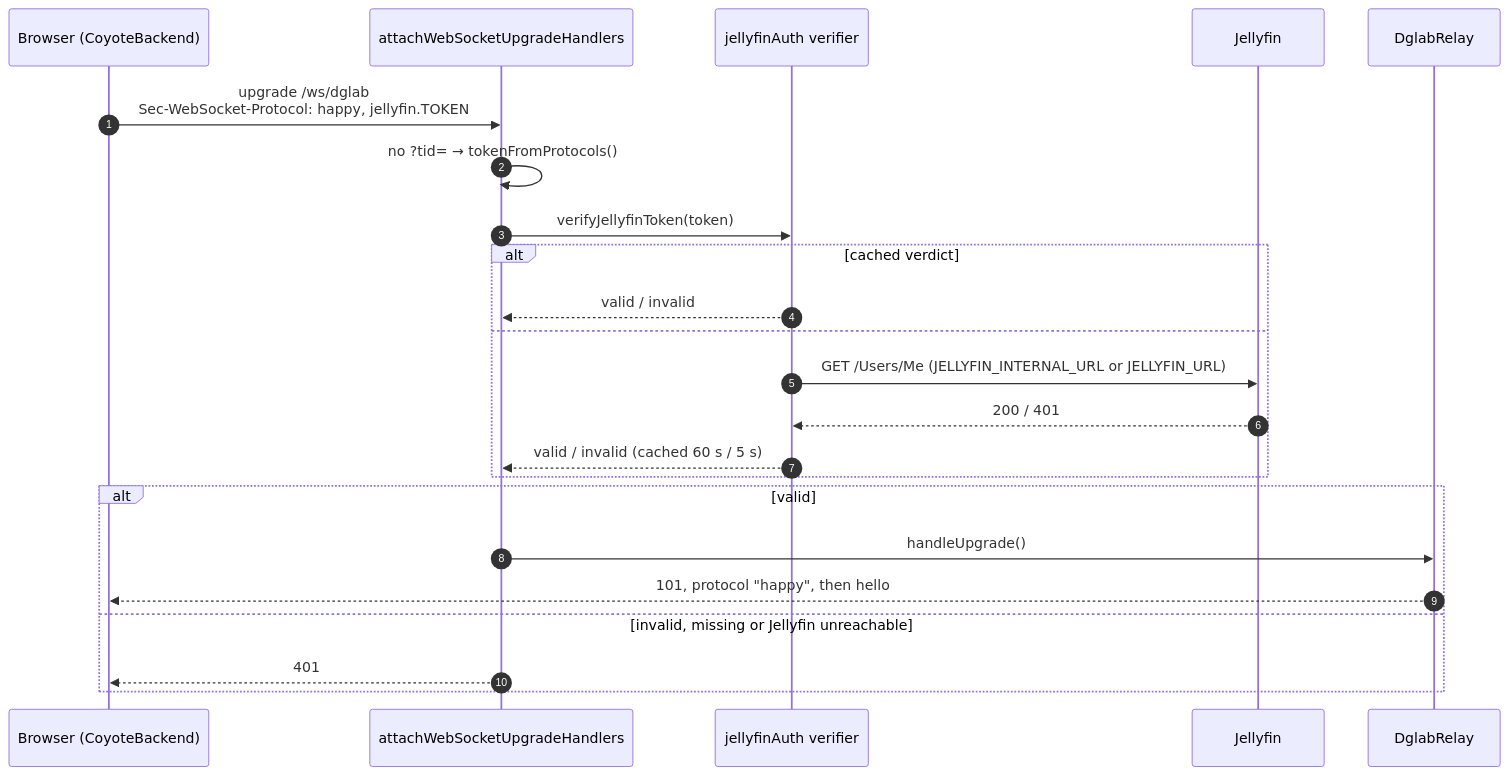
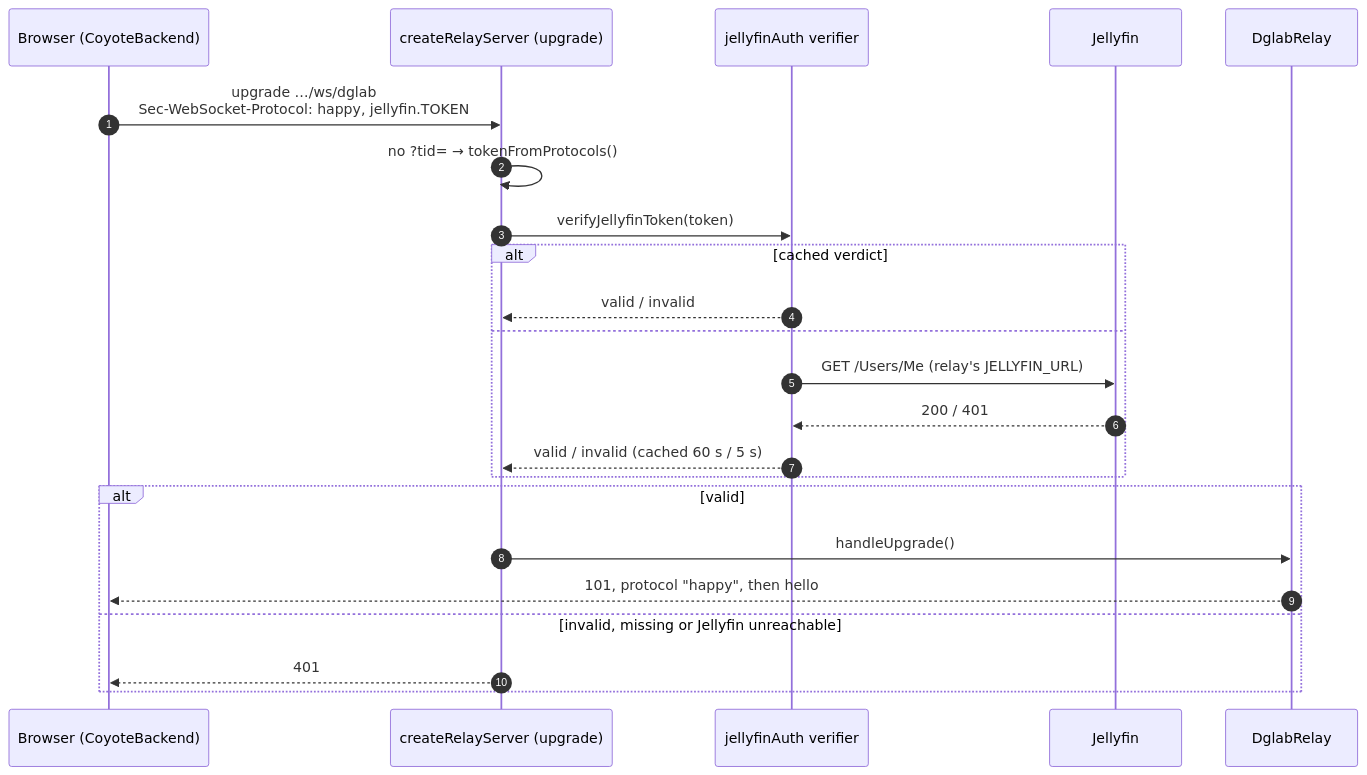
The second of 2 diagrams in docs/developer/use-cases/login.md (lumbar-spine-support/docker-haptic-player), drawn with Mermaid before and after one commit. The commit also changed other lines of this file and 54 other files, not shown here.

First line of the commit message:
feat!: remove the HAPPY Node server

````diff
--- a/docs/developer/use-cases/login.md
+++ b/docs/developer/use-cases/login.md
@@ -59,26 +61,26 @@
 ```mermaid
 sequenceDiagram
   autonumber
   participant B as Browser (CoyoteBackend)
-  participant D as attachWebSocketUpgradeHandlers
+  participant D as createRelayServer (upgrade)
   participant V as jellyfinAuth verifier
   participant J as Jellyfin
   participant R as DglabRelay
 
-  B->>D: upgrade /ws/dglab<br/>Sec-WebSocket-Protocol: happy, jellyfin.TOKEN
+  B->>D: upgrade …/ws/dglab<br/>Sec-WebSocket-Protocol: happy, jellyfin.TOKEN
   D->>D: no ?tid= → tokenFromProtocols()
   D->>V: verifyJellyfinToken(token)
   alt cached verdict
     V-->>D: valid / invalid
   else
-    V->>J: GET /Users/Me (JELLYFIN_INTERNAL_URL or JELLYFIN_URL)
+    V->>J: GET /Users/Me (relay's JELLYFIN_URL)
     J-->>V: 200 / 401
     V-->>D: valid / invalid (cached 60 s / 5 s)
   end
   alt valid
     D->>R: handleUpgrade()
     R-->>B: 101, protocol "happy", then hello
   else invalid, missing or Jellyfin unreachable
     D-->>B: 401
   end
 ```
````
